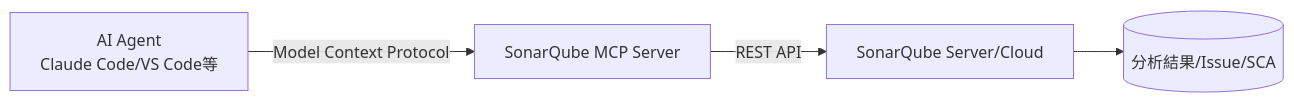
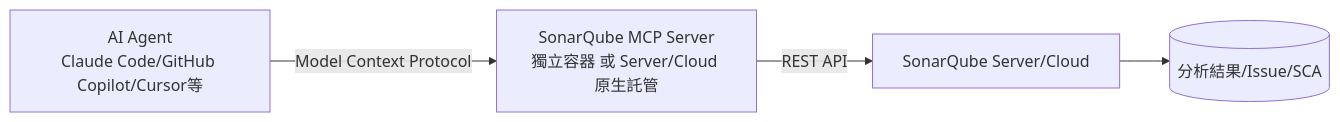
Before and after one commit to chihhung/Blog: diagram 15 of 30 in content/posts/教學/工具/SonarQube教學手冊.md, drawn with Mermaid. The commit also changed other lines of this file and 2 other files, not shown here.

````diff
--- a/content/posts/教學/工具/SonarQube教學手冊.md
+++ b/content/posts/教學/工具/SonarQube教學手冊.md
@@ -1554,6 +1587,6 @@
 ```mermaid
 graph LR
-    Agent[AI Agent<br/>Claude Code/VS Code等] -->|Model Context Protocol| MCP[SonarQube MCP Server]
+    Agent[AI Agent<br/>Claude Code/GitHub Copilot/Cursor等] -->|Model Context Protocol| MCP[SonarQube MCP Server<br/>獨立容器 或 Server/Cloud 原生託管]
     MCP -->|REST API| SQ[SonarQube Server/Cloud]
     SQ --> DB[(分析結果/Issue/SCA)]
 ```
````
